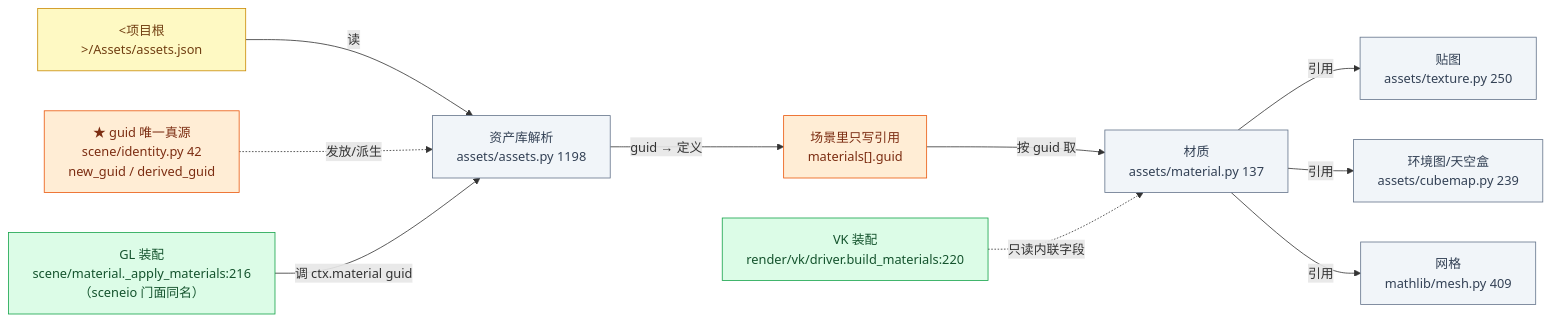
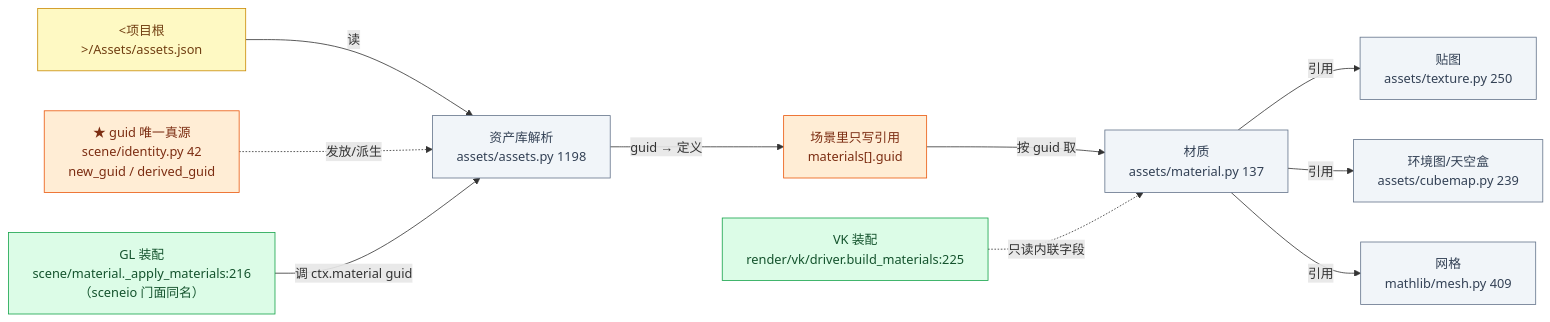
The seventh of 23 diagrams in ARCHITECTURE.md (lhy302/WeaveEngine), drawn with Mermaid before and after one commit. The commit also changed other lines of this file, not shown here.

Commit message:
B7-55~59 架构图同步：23 图按实况刷新（HEAD 01ca8a9；168 .py/63431 行；+7 门 + test_hub_update 106；run_all ~170 文件/6341 PASS/0 FAIL）

````diff
--- a/ARCHITECTURE.md
+++ b/ARCHITECTURE.md
@@ -377,26 +394,26 @@
 ```mermaid
 flowchart LR
   P["<项目根>/Assets/assets.json"]:::external
   A["资产库解析<br/>assets/assets.py 1198"]:::file
   I["★ guid 唯一真源<br/>scene/identity.py 42<br/>new_guid / derived_guid"]:::contract
   S["场景里只写引用<br/>materials[].guid"]:::contract
   M["材质<br/>assets/material.py 137"]:::file
   T["贴图<br/>assets/texture.py 250"]:::file
   C["环境图/天空盒<br/>assets/cubemap.py 239"]:::file
   G["网格<br/>mathlib/mesh.py 409"]:::file
   U1["GL 装配<br/>scene/material._apply_materials:216<br/>（sceneio 门面同名）"]:::impl
-  U2["VK 装配<br/>render/vk/driver.build_materials:220"]:::impl
+  U2["VK 装配<br/>render/vk/driver.build_materials:225"]:::impl
   P -->|读| A
   I -.->|发放/派生| A
   A -->|guid → 定义| S
   S -->|按 guid 取| M
   M -->|引用| T
   M -->|引用| C
   M -->|引用| G
   U1 -->|调 ctx.material guid| A
   U2 -.->|只读内联字段| M
   classDef external fill:#fef9c3,stroke:#ca8a04,color:#713f12
   classDef impl fill:#dcfce7,stroke:#16a34a,color:#14532d
   classDef contract fill:#ffedd5,stroke:#ea580c,color:#7c2d12
   classDef file fill:#f1f5f9,stroke:#64748b,color:#334155
 ```
````
